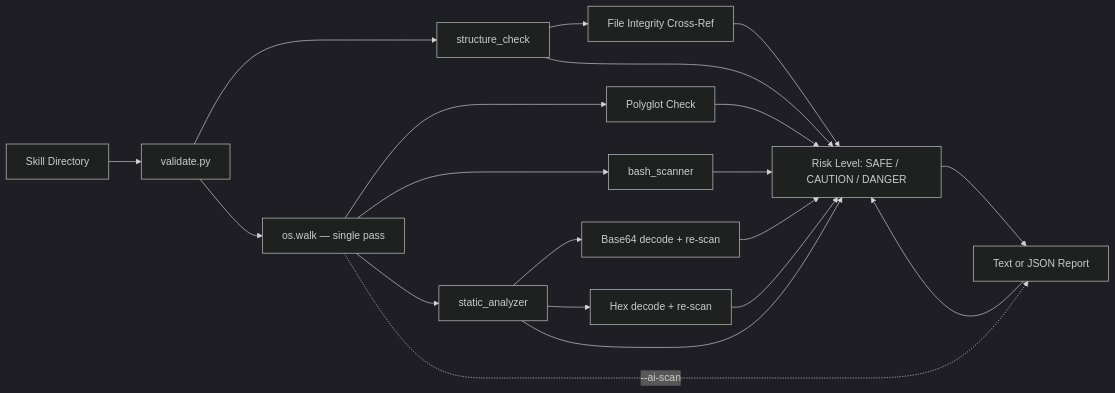
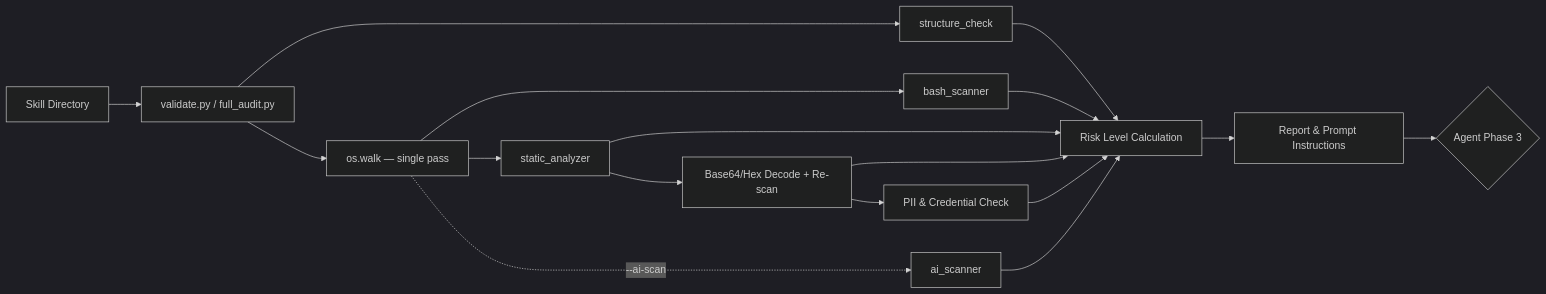
The diagram in docs/Manuals/skill-validator_manual.md (MatrixFounder/Universal-skills), drawn with Mermaid (dark theme) before and after one commit. The commit also changed 3 other files, not shown here.

````diff
--- a/docs/Manuals/skill-validator_manual.md
+++ b/docs/Manuals/skill-validator_manual.md
@@ -110,16 +110,14 @@
 ```mermaid
 graph LR
-    A[Skill Directory] --> B[validate.py]
+    A[Skill Directory] --> B[validate.py / full_audit.py]
     B --> C[structure_check]
-    C --> C2[File Integrity Cross-Ref]
     B --> D[os.walk — single pass]
-    D --> D2[Polyglot Check]
     D --> E[bash_scanner]
     D --> F[static_analyzer]
+    F --> G[Base64/Hex Decode + Re-scan]
+    G --> P[PII & Credential Check]
     D -.->|--ai-scan| I[ai_scanner]
-    I --> H
-    F --> G[Base64 decode + re-scan]
-    F --> G2[Hex decode + re-scan]
-    C & C2 & D2 & E & F & G & G2 --> H[Risk Level: SAFE / CAUTION / DANGER]
-    H --> I[Text or JSON Report]
+    C & E & F & G & P & I --> H[Risk Level Calculation]
+    H --> R[Report & Prompt Instructions]
+    R --> V{Agent Phase 3}
 ```
````
